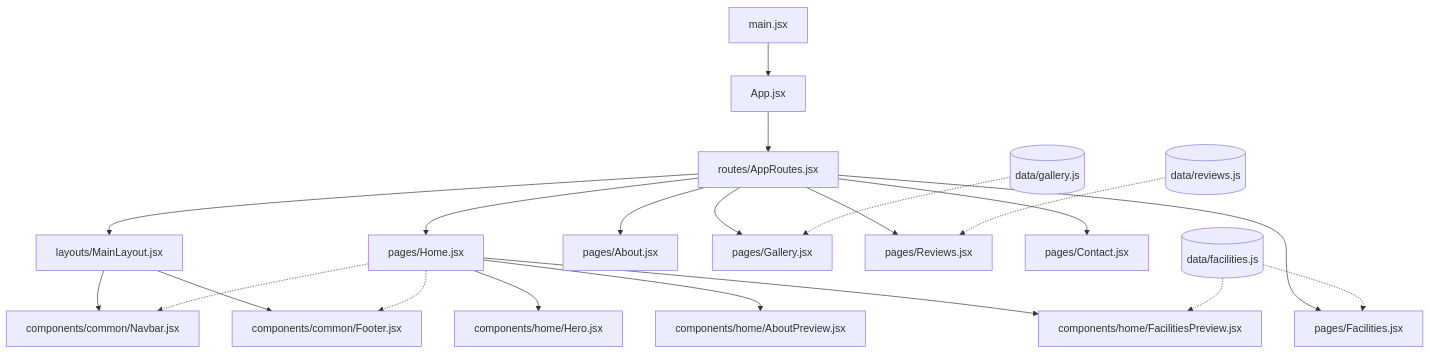
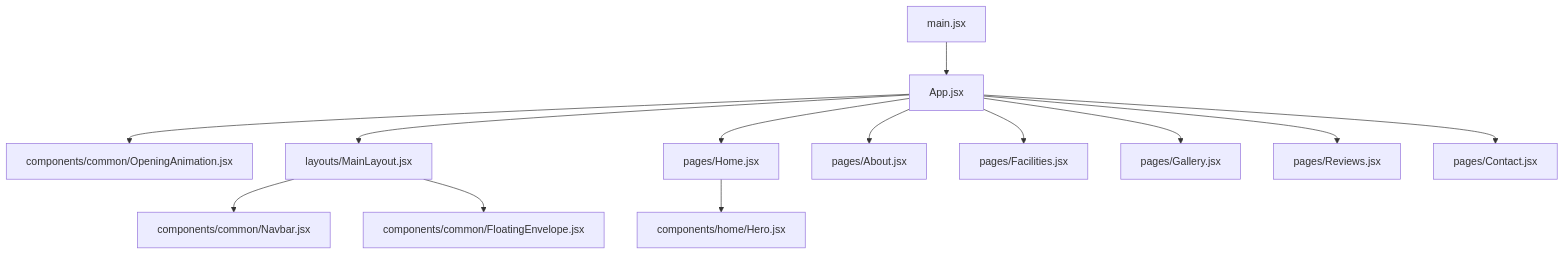
The diagram in ARCHITECTURE.md (Random-Stack-Team/client-ayswariya-mahal), drawn with Mermaid before and after one commit. The commit also changed other lines of this file and 29 other files, not shown here.

Commit message:
Refine envelope animation and inline SVG paths

````diff
--- a/ARCHITECTURE.md
+++ b/ARCHITECTURE.md
@@ -24,33 +23,15 @@
 ```mermaid
 graph TD
-    %% Core Setup
     Main[main.jsx] --> App[App.jsx]
-    App --> Routes[routes/AppRoutes.jsx]
-    
-    %% Layout
-    Routes --> Layout[layouts/MainLayout.jsx]
+    App --> Opening[components/common/OpeningAnimation.jsx]
+    App --> Layout[layouts/MainLayout.jsx]
     Layout --> Nav[components/common/Navbar.jsx]
-    Layout --> Ftr[components/common/Footer.jsx]
-    
-    %% Pages
-    Routes --> P_Home[pages/Home.jsx]
-    Routes --> P_About[pages/About.jsx]
-    Routes --> P_Facilities[pages/Facilities.jsx]
-    Routes --> P_Gallery[pages/Gallery.jsx]
-    Routes --> P_Reviews[pages/Reviews.jsx]
-    Routes --> P_Contact[pages/Contact.jsx]
-    
-    %% Home Components
-    P_Home -.-> Nav
-    P_Home --> H_Hero[components/home/Hero.jsx]
-    P_Home --> H_About[components/home/AboutPreview.jsx]
-    P_Home --> H_Facil[components/home/FacilitiesPreview.jsx]
-    P_Home -.-> Ftr
-    
-    %% Data Layer
-    D_Facil[(data/facilities.js)] -.-> H_Facil
-    D_Facil -.-> P_Facilities
-    
-    D_Gal[(data/gallery.js)] -.-> P_Gallery
-    D_Rev[(data/reviews.js)] -.-> P_Reviews
+    Layout --> Float[components/common/FloatingEnvelope.jsx]
+    App --> Home[pages/Home.jsx]
+    App --> About[pages/About.jsx]
+    App --> Facilities[pages/Facilities.jsx]
+    App --> Gallery[pages/Gallery.jsx]
+    App --> Reviews[pages/Reviews.jsx]
+    App --> Contact[pages/Contact.jsx]
+    Home --> Hero[components/home/Hero.jsx]
 ```
````
